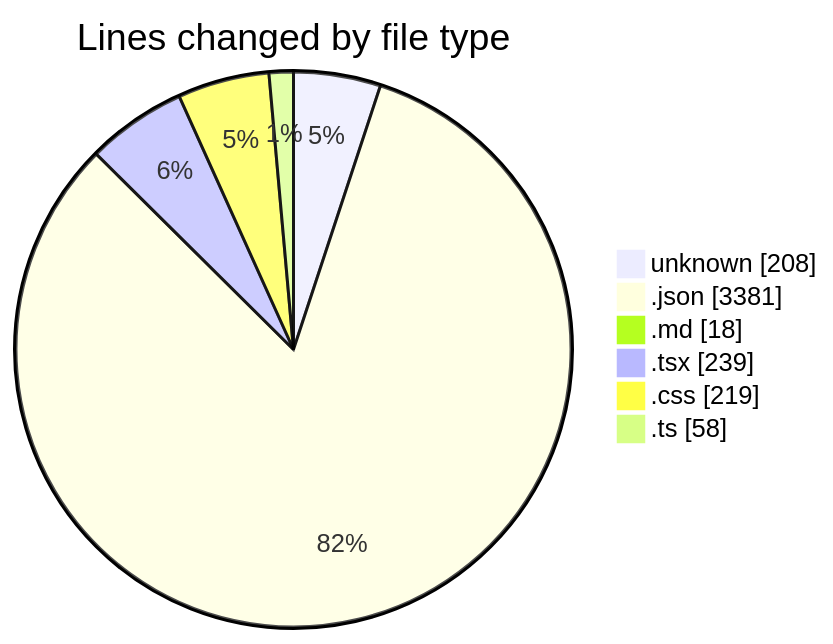
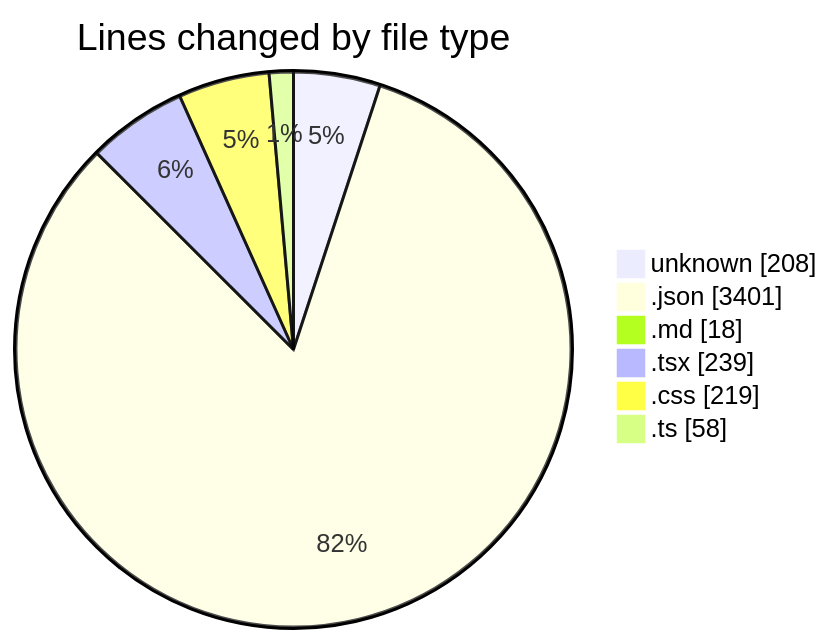
Before and after one commit to EIIisD/code-tracking: the first of 2 diagrams in 2025-08-07/ribbon/README.md, drawn with Mermaid. The commit also changed other lines of this file and 1 other file, not shown here.

````diff
--- a/2025-08-07/ribbon/README.md
+++ b/2025-08-07/ribbon/README.md
@@ -30,10 +30,10 @@
 ```mermaid
 pie showData
 title Lines changed by file type
 "unknown" : 208
-".json" : 3381
+".json" : 3401
 ".md" : 18
 ".tsx" : 239
 ".css" : 219
 ".ts" : 58
 ```
````
